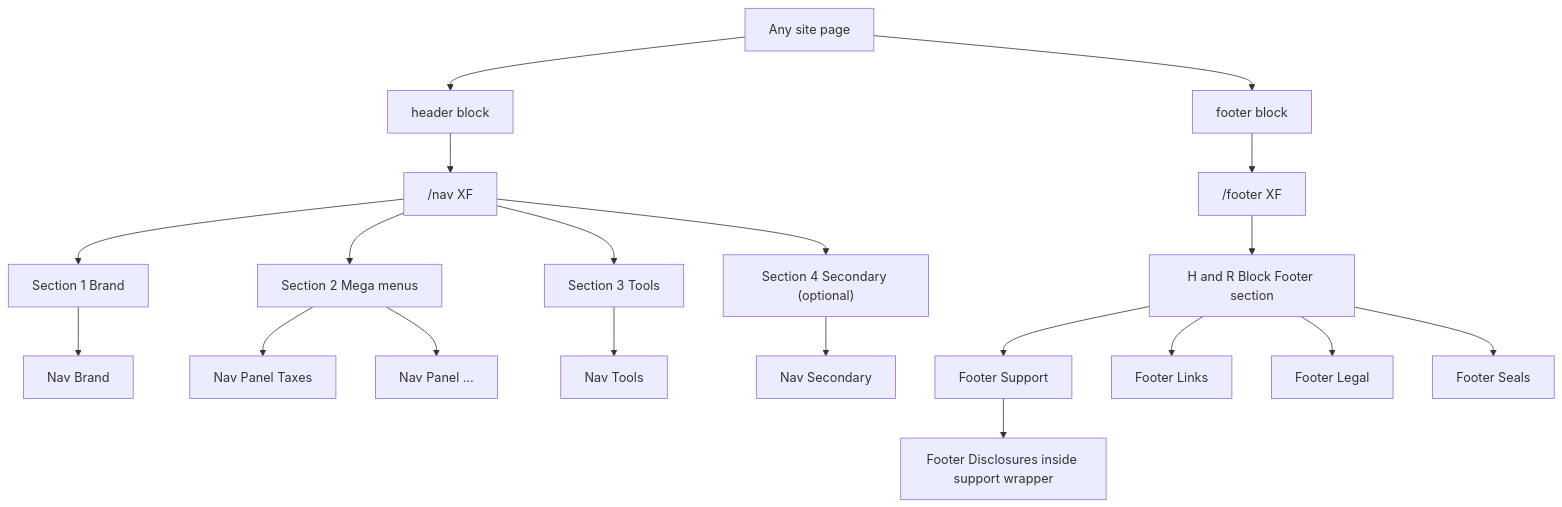
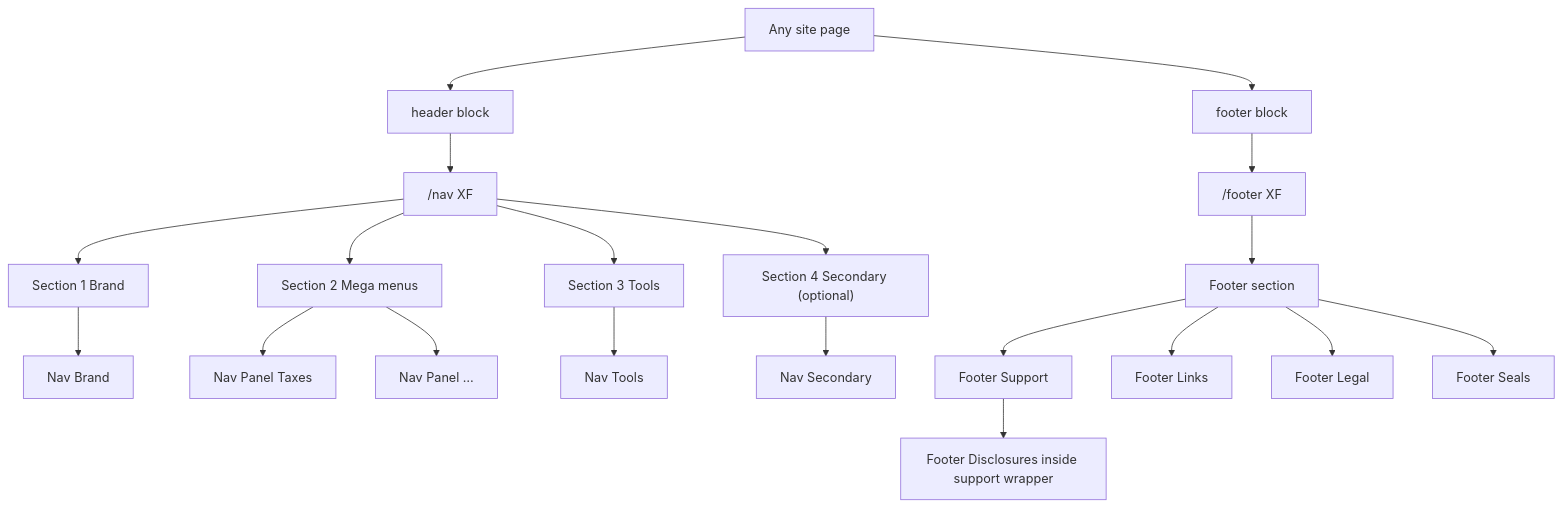
Before and after one commit to SudheeshHRB/HRB-Eds-Migration: the diagram in docs/nav-footer-universal-editor.md, drawn with Mermaid. The commit also changed other lines of this file and 11 other files, not shown here.

````diff
--- a/docs/nav-footer-universal-editor.md
+++ b/docs/nav-footer-universal-editor.md
@@ -20,26 +20,26 @@
 ```mermaid
 flowchart TD
   page["Any site page"] --> hdr["header block"]
   page --> ftr["footer block"]
 
   hdr --> navXf["/nav XF"]
   ftr --> footerXf["/footer XF"]
 
   navXf --> sBrand["Section 1 Brand"]
   navXf --> sMega["Section 2 Mega menus"]
   navXf --> sTools["Section 3 Tools"]
   navXf --> sSub["Section 4 Secondary (optional)"]
 
   sBrand --> brand["Nav Brand"]
   sMega --> panel1["Nav Panel Taxes"]
   sMega --> panelN["Nav Panel …"]
   sTools --> tools["Nav Tools"]
   sSub --> subnav["Nav Secondary"]
 
-  footerXf --> footSec["H and R Block Footer section"]
+  footerXf --> footSec["Footer section"]
   footSec --> support["Footer Support"]
   support --> disclosures["Footer Disclosures inside support wrapper"]
   footSec --> links["Footer Links"]
   footSec --> legal["Footer Legal"]
   footSec --> seals["Footer Seals"]
 ```
````
